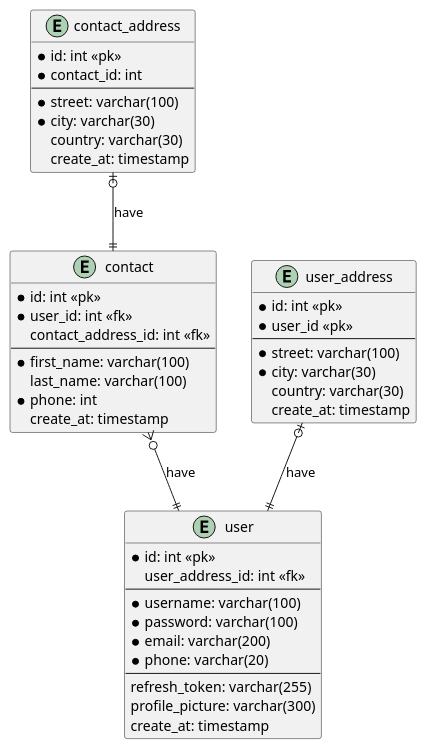
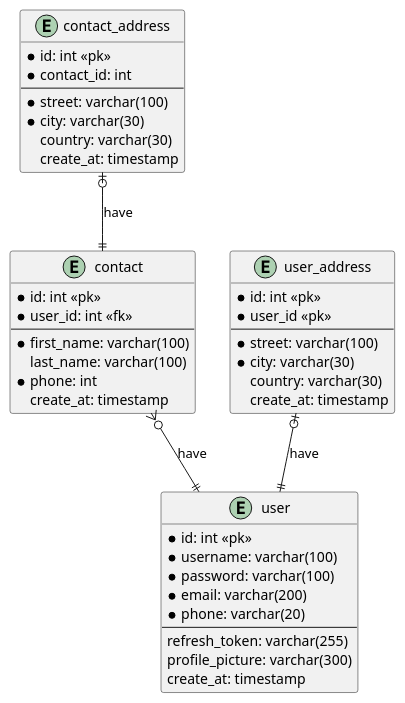
The diagram in db.design.puml (icam15/Contact_app), drawn with PlantUML before and after one commit. The commit also changed 24 other files, not shown here.

```diff
--- a/db.design.puml
+++ b/db.design.puml
@@ -1,52 +1,49 @@
 @startuml
 entity user {
     * id: int <<pk>>
-    user_address_id: int <<fk>>
-    --
     *username: varchar(100)
     *password: varchar(100)
     *email: varchar(200)
     *phone: varchar(20)
     --
     refresh_token: varchar(255)
     profile_picture: varchar(300)
     create_at: timestamp
 }
 
 entity contact {
     *id: int <<pk>>
     *user_id: int <<fk>>
-    contact_address_id: int <<fk>>
     --
     *first_name: varchar(100)
     last_name: varchar(100)
     *phone: int
     create_at: timestamp
 }
 
 entity contact_address {
     *id: int <<pk>>
     *contact_id: int
     --
     *street: varchar(100)
     *city: varchar(30)
     country: varchar(30)
     create_at: timestamp
 }
 
 entity user_address {
     *id: int <<pk>>
     *user_id <<pk>>
     --
     *street: varchar(100)
     *city: varchar(30)
     country: varchar(30)
     create_at: timestamp
 }
 
 
 contact }o--|| user : have
 contact_address |o--|| contact : have
 user_address |o--|| user : have
 
 @enduml
```
